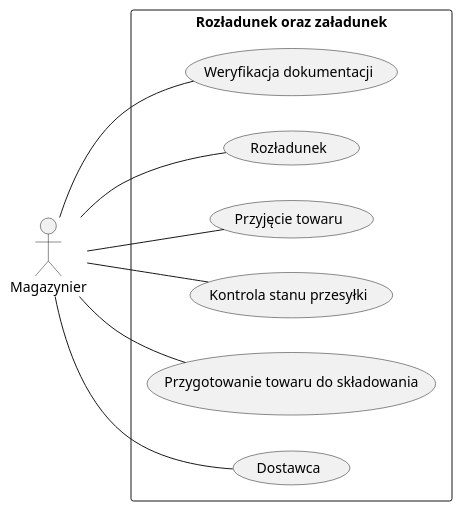
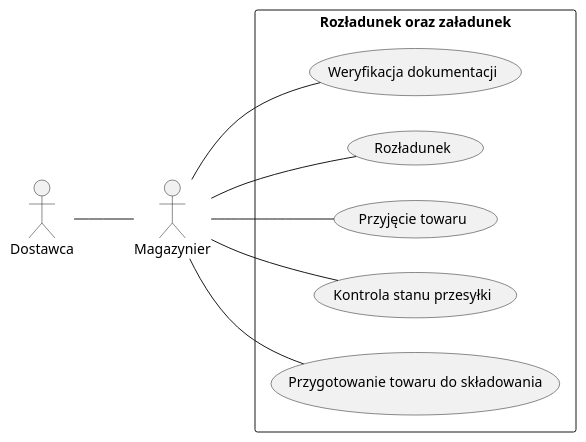
The seventh of 11 diagrams in src/Projekt systemu.md (pixellos/Agh.5.Psi), drawn with PlantUML before and after one commit. The commit also changed 4 other files, not shown here.

````diff
--- a/src/Projekt systemu.md
+++ b/src/Projekt systemu.md
@@ -1525,15 +1525,16 @@
 ```plantuml X.X.X
 @startuml
 left to right direction
 skinparam packageStyle rectangle
 actor Magazynier
+actor Dostawca
 rectangle "Rozładunek oraz załadunek" {
     (Magazynier) -- (Weryfikacja dokumentacji)
     (Magazynier) -- (Rozładunek)
     (Magazynier) -- (Przyjęcie towaru)
     (Magazynier) -- (Kontrola stanu przesyłki)
     (Magazynier) -- (Przygotowanie towaru do składowania)
-	(Dostawca) -- (Magazynier)
+	Dostawca -- Magazynier
 }
 @enduml
 ```
````
